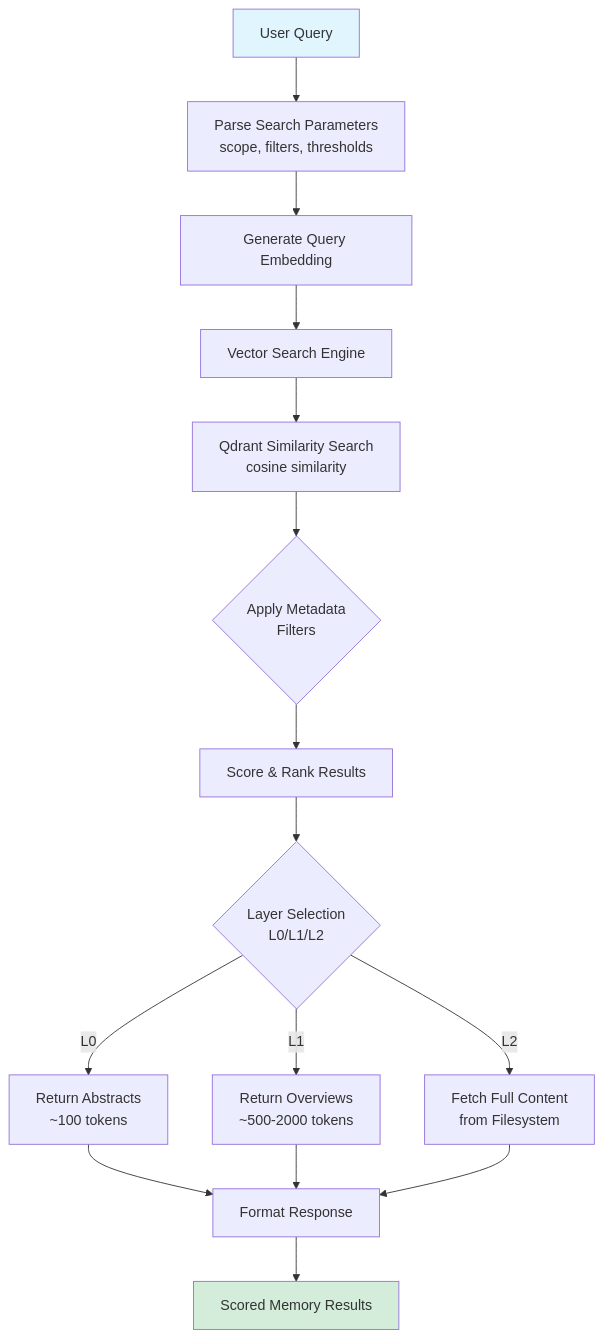
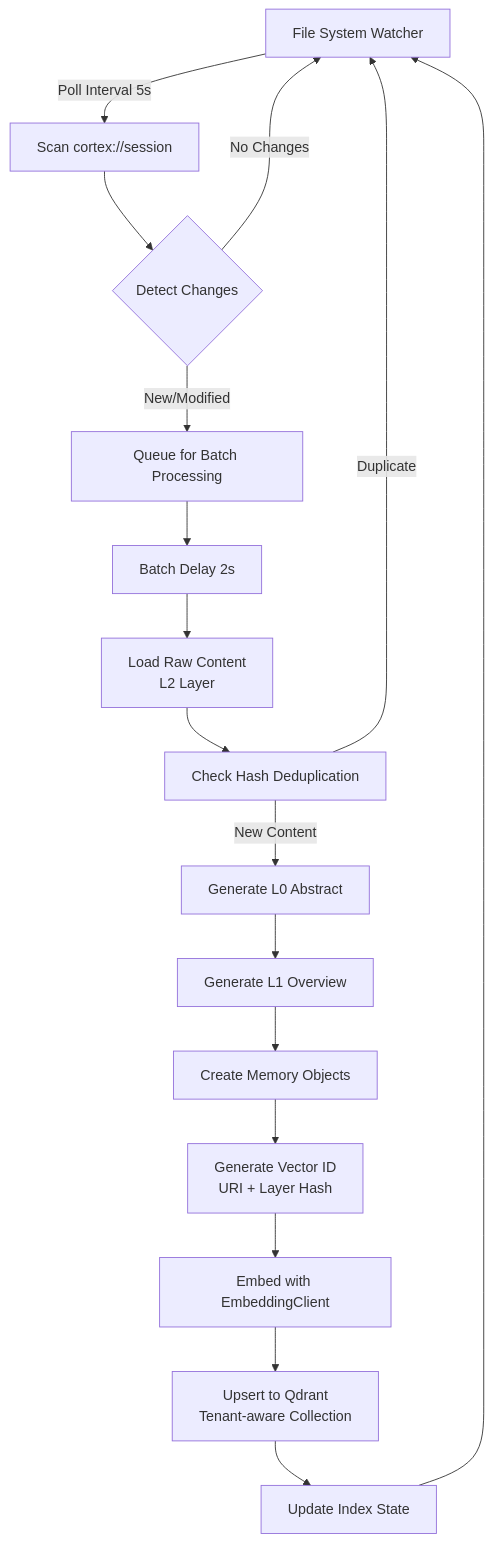
One commit to sopaco/cortex-mem changed the fourth of 9 diagrams in litho.docs/en/3.Workflow.md. Above: the diagram before and after it, drawn with Mermaid. The commit also changed other lines of this file and 45 other files, not shown here.

````diff
--- a/litho.docs/en/3.Workflow.md
+++ b/litho.docs/en/3.Workflow.md
@@ -112,20 +206,24 @@
 ```mermaid
 flowchart TD
-    A[User Query] --> B[Parse Search Parameters<br/>scope, filters, thresholds]
-    B --> C[Generate Query Embedding]
-    C --> D[Vector Search Engine]
-    D --> E[Qdrant Similarity Search<br/>cosine similarity]
-    E --> F{Apply Metadata<br/>Filters}
-    F --> G[Score & Rank Results]
-    G --> H{Layer Selection<br/>L0/L1/L2}
-    H -->|L0| I[Return Abstracts<br/>~100 tokens]
-    H -->|L1| J[Return Overviews<br/>~500-2000 tokens]
-    H -->|L2| K[Fetch Full Content<br/>from Filesystem]
-    I --> L[Format Response]
-    J --> L
-    K --> L
-    L --> M[Scored Memory Results]
+    A[File System Watcher] -->|Poll Interval 5s| B[Scan cortex://session]
+    B --> C{Detect Changes}
+    C -->|New/Modified| D[Queue for Batch Processing]
+    C -->|No Changes| A
     
-    style A fill:#e1f5ff
-    style M fill:#d4edda
+    D --> E[Batch Delay 2s]
+    E --> F[Load Raw Content<br/>L2 Layer]
+    
+    F --> G[Check Hash Deduplication]
+    G -->|Duplicate| A
+    G -->|New Content| H[Generate L0 Abstract]
+    
+    H --> I[Generate L1 Overview]
+    I --> J[Create Memory Objects]
+    
+    J --> K[Generate Vector ID<br/>URI + Layer Hash]
+    K --> L[Embed with EmbeddingClient]
+    
+    L --> M[Upsert to Qdrant<br/>Tenant-aware Collection]
+    M --> N[Update Index State]
+    N --> A
 ```
````
